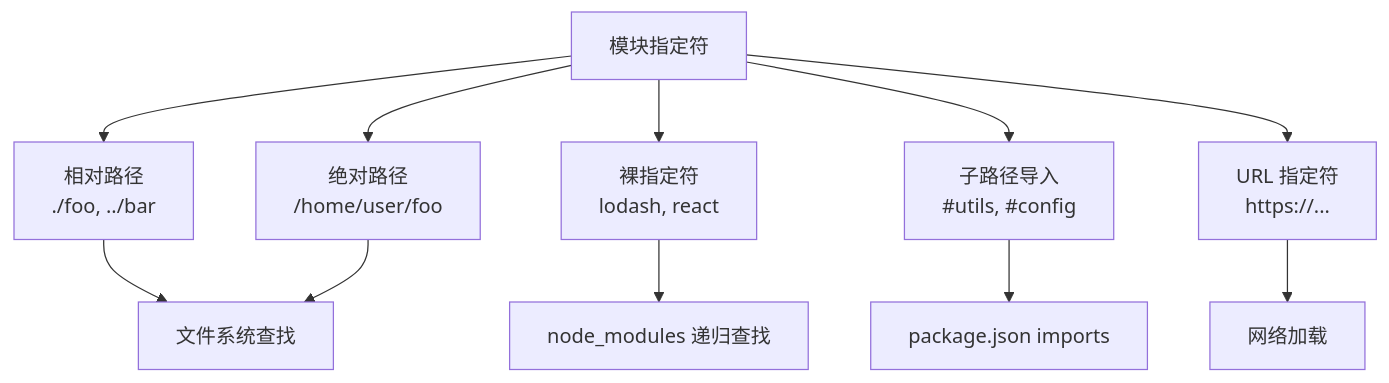
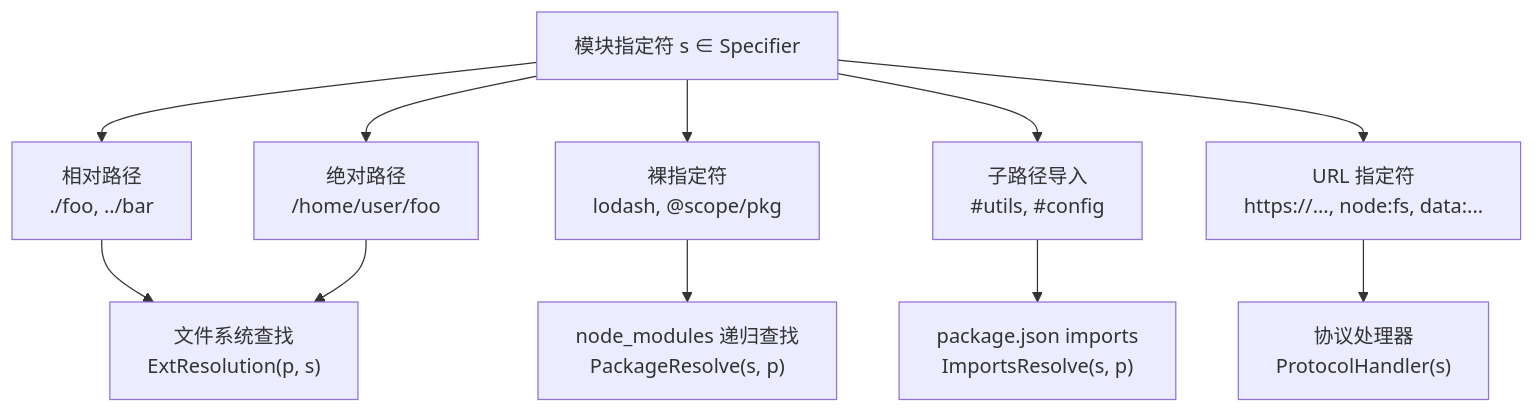
The first of 5 diagrams in 10-fundamentals/10.4-module-system/code-examples/05-module-resolution.md (AdaMartin18010/JavaScriptTypeScript), drawn with Mermaid before and after one commit. The commit also changed other lines of this file and 217 other files, not shown here.

````diff
--- a/10-fundamentals/10.4-module-system/code-examples/05-module-resolution.md
+++ b/10-fundamentals/10.4-module-system/code-examples/05-module-resolution.md
@@ -24,14 +37,14 @@
 ```mermaid
 graph TD
-    Specifier["模块指定符"] --> Relative["相对路径<br/>./foo, ../bar"]
+    Specifier["模块指定符 s ∈ Specifier"] --> Relative["相对路径<br/>./foo, ../bar"]
     Specifier --> Absolute["绝对路径<br/>/home/user/foo"]
-    Specifier --> Bare["裸指定符<br/>lodash, react"]
+    Specifier --> Bare["裸指定符<br/>lodash, @scope/pkg"]
     Specifier --> Internal["子路径导入<br/>#utils, #config"]
-    Specifier --> URL["URL 指定符<br/>https://..."]
+    Specifier --> URL["URL 指定符<br/>https://..., node:fs, data:..."]
 
-    Relative --> FileSystem["文件系统查找"]
+    Relative --> FileSystem["文件系统查找<br/>ExtResolution(p, s)"]
     Absolute --> FileSystem
-    Bare --> NodeModules["node_modules 递归查找"]
-    Internal --> PackageImports["package.json imports"]
-    URL --> Network["网络加载"]
+    Bare --> NodeModules["node_modules 递归查找<br/>PackageResolve(s, p)"]
+    Internal --> PackageImports["package.json imports<br/>ImportsResolve(s, p)"]
+    URL --> Protocol["协议处理器<br/>ProtocolHandler(s)"]
 ```
````
